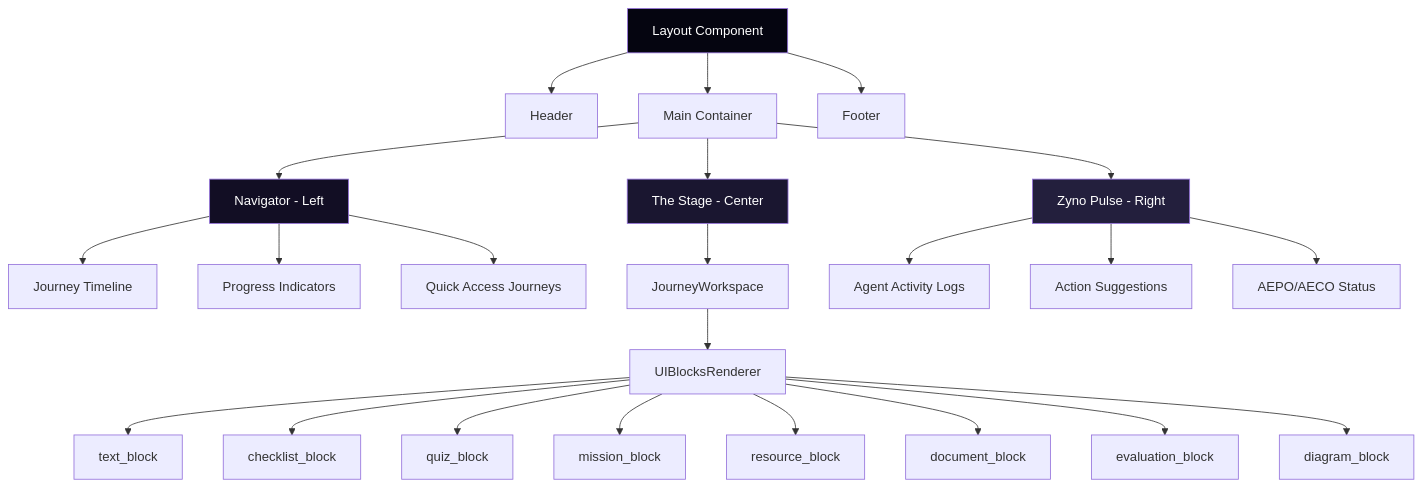
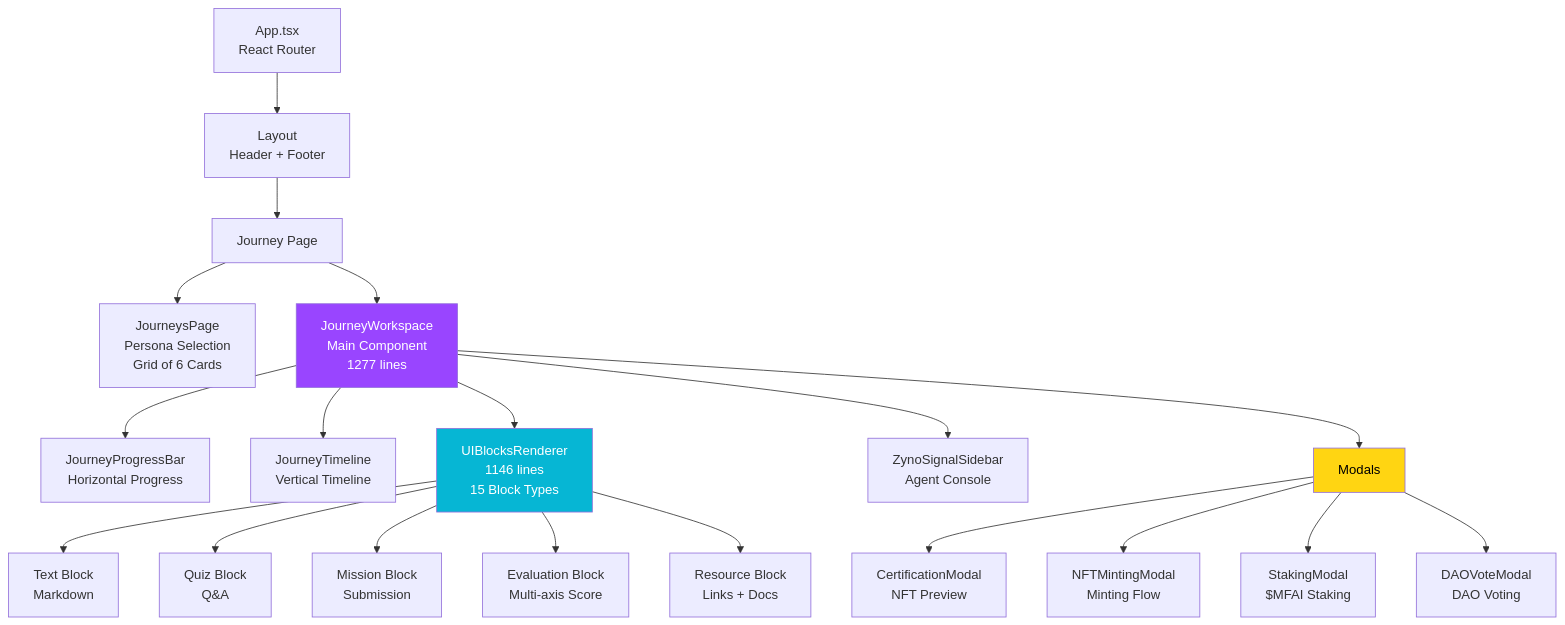
Before and after one commit to cyranoaladin/journey-simulator: the sixth of 14 diagrams in docs/ARCHITECTURE_DIAGRAMS.md, drawn with Mermaid. The commit also changed other lines of this file and 302 other files, not shown here.

````diff
--- a/docs/ARCHITECTURE_DIAGRAMS.md
+++ b/docs/ARCHITECTURE_DIAGRAMS.md
@@ -218,34 +235,29 @@
 ```mermaid
-graph TB
-    Layout[Layout Component] --> Header[Header]
-    Layout --> Container[Main Container]
-    Layout --> Footer[Footer]
+graph TD
+    App[App.tsx<br/>React Router] --> Layout[Layout<br/>Header + Footer]
+    Layout --> JourneyPage[Journey Page]
 
-    Container --> Navigator[Navigator - Left]
-    Container --> Stage[The Stage - Center]
-    Container --> Pulse[Zyno Pulse - Right]
+    JourneyPage --> JourneysPage[JourneysPage<br/>Persona Selection<br/>Grid of 6 Cards]
+    JourneyPage --> JourneyWorkspace[JourneyWorkspace<br/>Main Component<br/>1277 lines]
 
-    Navigator --> Timeline[Journey Timeline]
-    Navigator --> Progress[Progress Indicators]
-    Navigator --> QuickAccess[Quick Access Journeys]
+    JourneyWorkspace --> ProgressBar[JourneyProgressBar<br/>Horizontal Progress]
+    JourneyWorkspace --> Timeline[JourneyTimeline<br/>Vertical Timeline]
+    JourneyWorkspace --> UIBlocks[UIBlocksRenderer<br/>1146 lines<br/>15 Block Types]
+    JourneyWorkspace --> Sidebar[ZynoSignalSidebar<br/>Agent Console]
 
-    Stage --> Workspace[JourneyWorkspace]
-    Workspace --> Blocks[UIBlocksRenderer]
-    Blocks --> Text[text_block]
-    Blocks --> Checklist[checklist_block]
-    Blocks --> Quiz[quiz_block]
-    Blocks --> Mission[mission_block]
-    Blocks --> Resource[resource_block]
-    Blocks --> Document[document_block]
-    Blocks --> Evaluation[evaluation_block]
-    Blocks --> Diagram[diagram_block]
+    UIBlocks --> TextBlock[Text Block<br/>Markdown]
+    UIBlocks --> QuizBlock[Quiz Block<br/>Q&A]
+    UIBlocks --> MissionBlock[Mission Block<br/>Submission]
+    UIBlocks --> EvalBlock[Evaluation Block<br/>Multi-axis Score]
+    UIBlocks --> ResourceBlock[Resource Block<br/>Links + Docs]
 
-    Pulse --> AgentLogs[Agent Activity Logs]
-    Pulse --> Suggestions[Action Suggestions]
-    Pulse --> AEPO[AEPO/AECO Status]
+    JourneyWorkspace --> Modals[Modals]
+    Modals --> CertModal[CertificationModal<br/>NFT Preview]
+    Modals --> MintModal[NFTMintingModal<br/>Minting Flow]
+    Modals --> StakeModal[StakingModal<br/>$MFAI Staking]
+    Modals --> DAOModal[DAOVoteModal<br/>DAO Voting]
 
-    style Layout fill:#050510,color:#fff
-    style Navigator fill:#120E24,color:#fff
-    style Stage fill:#1A1630,color:#fff
-    style Pulse fill:#231F3D,color:#fff
+    style JourneyWorkspace fill:#9945ff,color:#fff
+    style UIBlocks fill:#06b6d4,color:#fff
+    style Modals fill:#ffd512,color:#000
 ```
````
